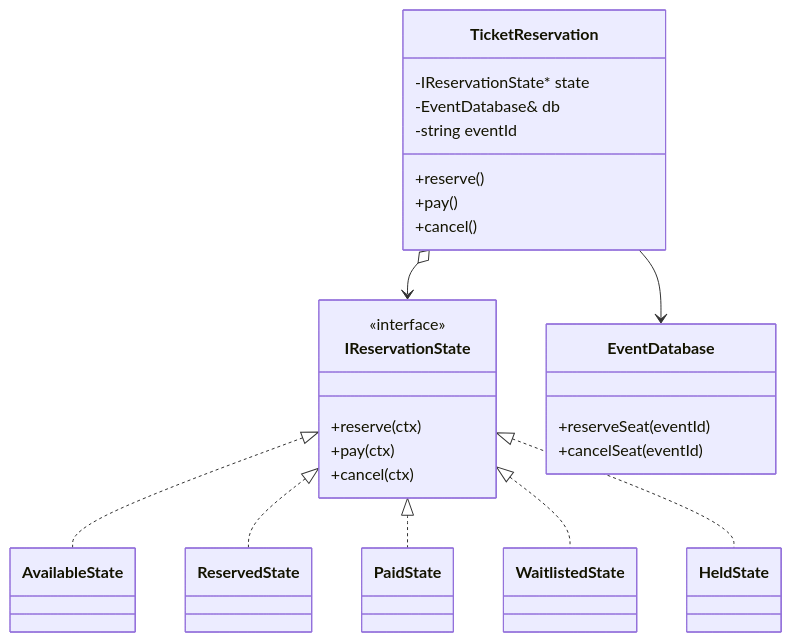
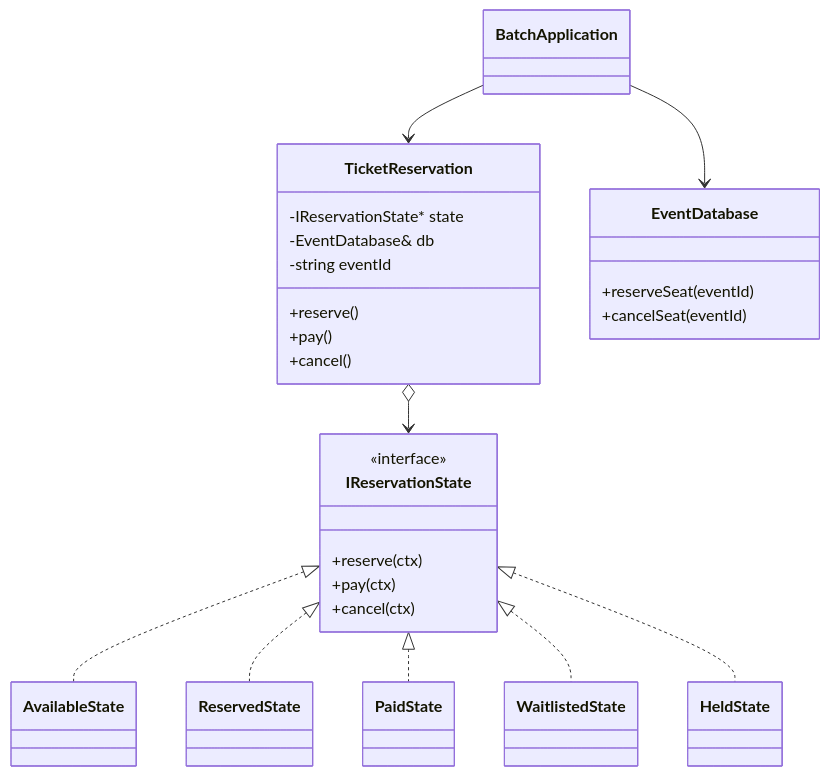
The ninth of 13 diagrams in kindle/design-patterns/output/chapter03.md (kumachan1101-pixel/DesignPattern), drawn with Mermaid before and after one commit. The commit also changed other lines of this file and 1 other file, not shown here.

````diff
--- a/kindle/design-patterns/output/chapter03.md
+++ b/kindle/design-patterns/output/chapter03.md
@@ -1653,33 +1671,35 @@
 ```mermaid
 classDiagram
     class TicketReservation {
         -IReservationState* state
         -EventDatabase& db
         -string eventId
         +reserve()
         +pay()
         +cancel()
     }
     class IReservationState {
         <<interface>>
         +reserve(ctx)
         +pay(ctx)
         +cancel(ctx)
     }
     class AvailableState
     class ReservedState
     class PaidState
     class WaitlistedState
     class HeldState
     class EventDatabase {
         +reserveSeat(eventId)
         +cancelSeat(eventId)
     }
+    class BatchApplication
     TicketReservation o--> IReservationState
-    TicketReservation --> EventDatabase
+    BatchApplication --> TicketReservation
+    BatchApplication --> EventDatabase
     IReservationState <|.. AvailableState
     IReservationState <|.. ReservedState
     IReservationState <|.. PaidState
     IReservationState <|.. WaitlistedState
     IReservationState <|.. HeldState
 ```
````
